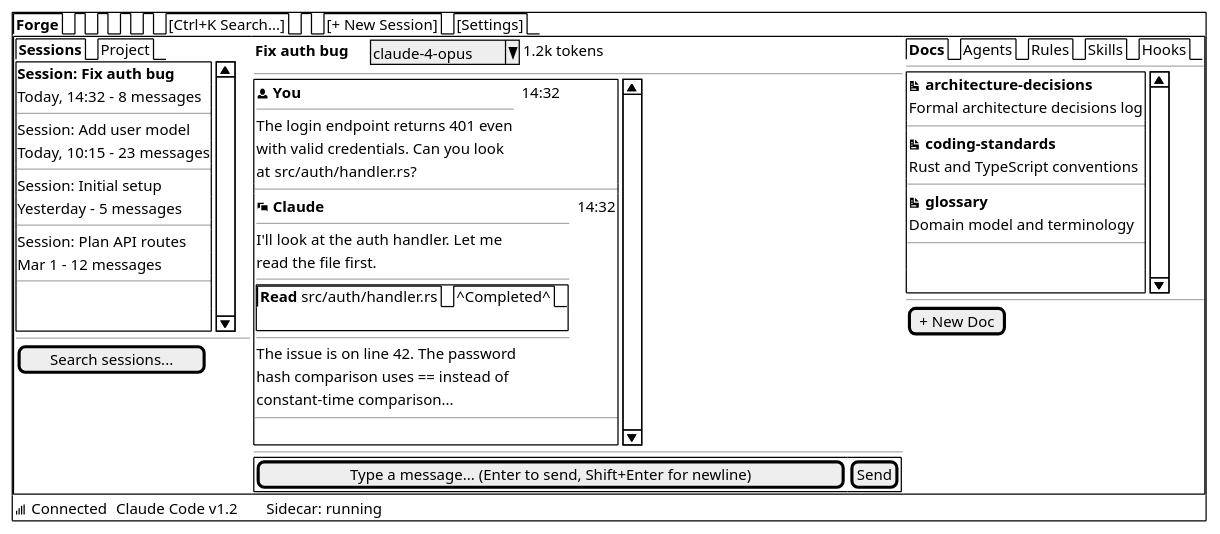
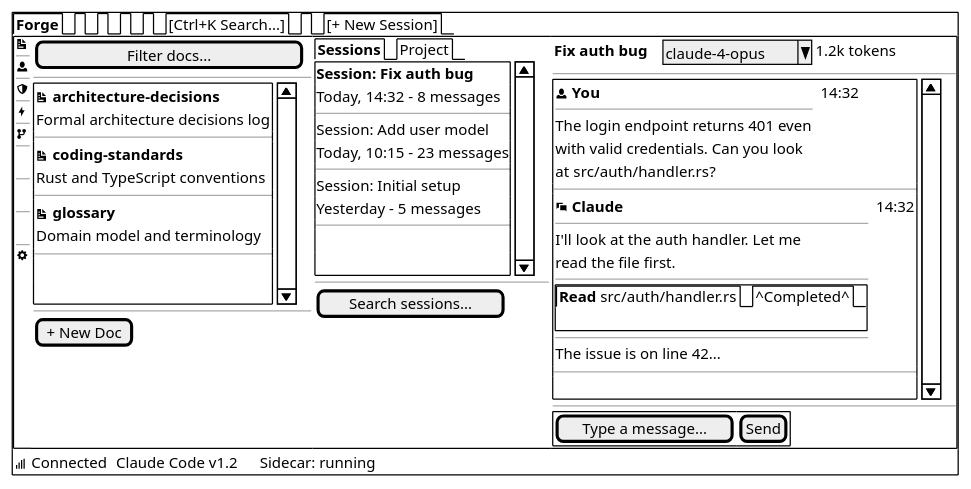
The first of 4 diagrams in docs/ui/wireframes/core-layout.md (orqastudio/app), drawn with PlantUML before and after one commit. The commit also changed other lines of this file and 19 other files, not shown here.

````diff
--- a/docs/ui/wireframes/core-layout.md
+++ b/docs/ui/wireframes/core-layout.md
@@ -11,62 +11,28 @@
 ```plantuml
 @startsalt
 {+
-  {/ <b>Forge</b> | . | . | . | . | [Ctrl+K Search...] | . | [+ New Session] | [Settings] }
+  {/ <b>Forge</b> | . | . | . | . | [Ctrl+K Search...] | . | [+ New Session] }
   {+
     {
-      {/ <b>Sessions</b> | Project }
-      {SI
-        <b>Session: Fix auth bug</b>
-        Today, 14:32 - 8 messages
-        ---
-        Session: Add user model
-        Today, 10:15 - 23 messages
-        ---
-        Session: Initial setup
-        Yesterday - 5 messages
-        ---
-        Session: Plan API routes
-        Mar 1 - 12 messages
-        ---
-        .
-        .
-      }
+      <&document>
       ---
-      [Search sessions...]
+      <&person>
+      ---
+      <&shield>
+      ---
+      <&bolt>
+      ---
+      <&fork>
+      ---
+      .
+      ---
+      .
+      ---
+      .
+      ---
+      <&cog>
     } | {
-      { <b>Fix auth bug</b> | . | . | . | ^claude-4-opus^ | 1.2k tokens }
-      ---
-      {SI
-        {
-          <&person> <b>You</b> | . | 14:32
-          ---
-          The login endpoint returns 401 even
-          with valid credentials. Can you look
-          at src/auth/handler.rs?
-        }
-        ---
-        {
-          <&chat> <b>Claude</b> | . | 14:32
-          ---
-          I'll look at the auth handler. Let me
-          read the file first.
-          ---
-          {+
-            {/ <b>Read</b> src/auth/handler.rs | ^Completed^ }
-            .
-          }
-          ---
-          The issue is on line 42. The password
-          hash comparison uses == instead of
-          constant-time comparison...
-        }
-        ---
-        .
-      }
-      ---
-      {+ [Type a message... (Enter to send, Shift+Enter for newline)] | [Send] }
-    } | {
-      {/ <b>Docs</b> | Agents | Rules | Skills | Hooks }
+      [Filter docs...            ]
       ---
       {SI
         {
@@ -89,9 +55,56 @@
       }
       ---
       [+ New Doc]
+    } | {
+      {/ <b>Sessions</b> | Project }
+      {SI
+        <b>Session: Fix auth bug</b>
+        Today, 14:32 - 8 messages
+        ---
+        Session: Add user model
+        Today, 10:15 - 23 messages
+        ---
+        Session: Initial setup
+        Yesterday - 5 messages
+        ---
+        .
+        .
+      }
+      ---
+      [Search sessions...]
+    } | {
+      { <b>Fix auth bug</b> | . | . | ^claude-4-opus^ | 1.2k tokens }
+      ---
+      {SI
+        {
+          <&person> <b>You</b> | . | 14:32
+          ---
+          The login endpoint returns 401 even
+          with valid credentials. Can you look
+          at src/auth/handler.rs?
+        }
+        ---
+        {
+          <&chat> <b>Claude</b> | . | 14:32
+          ---
+          I'll look at the auth handler. Let me
+          read the file first.
+          ---
+          {+
+            {/ <b>Read</b> src/auth/handler.rs | ^Completed^ }
+            .
+          }
+          ---
+          The issue is on line 42...
+        }
+        ---
+        .
+      }
+      ---
+      {+ [Type a message...] | [Send] }
     }
   }
-  { <&signal> Connected | . | Claude Code v1.2 | . | . | . | . | Sidecar: running }
+  { <&signal> Connected | . | Claude Code v1.2 | . | . | . | Sidecar: running }
 }
 @endsalt
 ```
````
